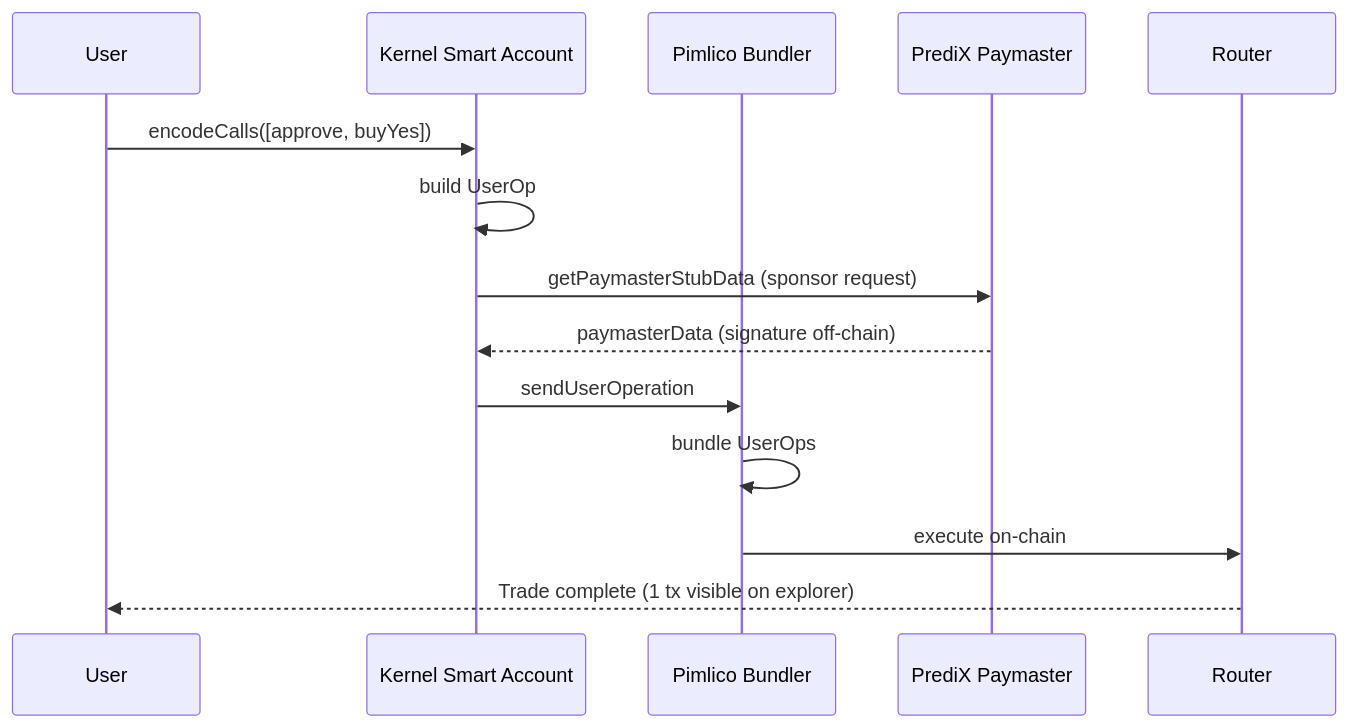
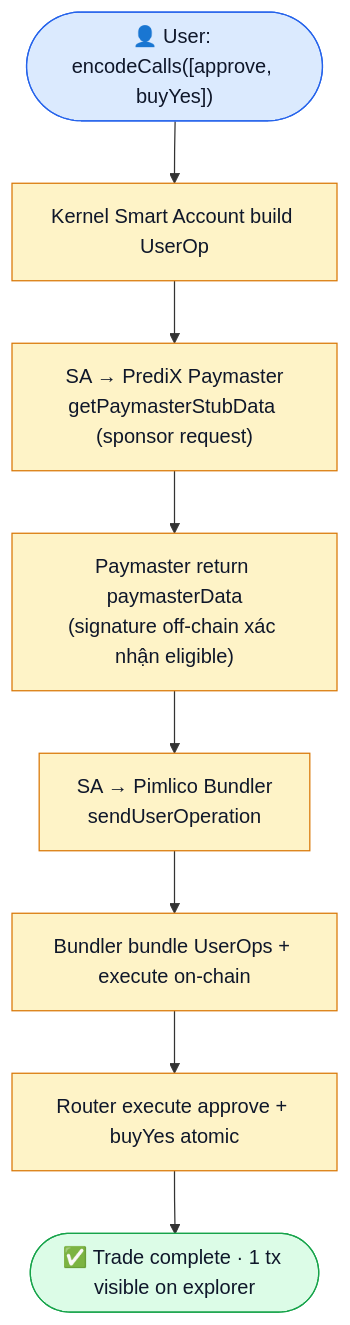
The diagram in vi_v6/developers/router-integration.md (PrediX-Protocol/predix-docs), drawn with Mermaid before and after one commit. The commit also changed 17 other files, not shown here.

First line of the commit message:
docs(vi_v6): convert all 22 sequenceDiagram → flowchart TD (no overlap UX issue)

````diff
--- a/vi_v6/developers/router-integration.md
+++ b/vi_v6/developers/router-integration.md
@@ -220,17 +220,18 @@
 ```mermaid
-sequenceDiagram
-    participant U as User
-    participant SA as Kernel Smart Account
-    participant B as Pimlico Bundler
-    participant PM as PrediX Paymaster
-    participant R as Router
+flowchart TD
+    Start(["👤 User: encodeCalls([approve, buyYes])"])
+    Start --> S1["Kernel Smart Account build UserOp"]
+    S1 --> S2["SA → PrediX Paymaster<br/>getPaymasterStubData (sponsor request)"]
+    S2 --> S3["Paymaster return paymasterData<br/>(signature off-chain xác nhận eligible)"]
+    S3 --> S4["SA → Pimlico Bundler<br/>sendUserOperation"]
+    S4 --> S5["Bundler bundle UserOps + execute on-chain"]
+    S5 --> S6["Router execute approve + buyYes atomic"]
+    S6 --> End(["✅ Trade complete · 1 tx visible on explorer"])
 
-    U->>SA: encodeCalls([approve, buyYes])
-    SA->>SA: build UserOp
-    SA->>PM: getPaymasterStubData (sponsor request)
-    PM-->>SA: paymasterData (signature off-chain)
-    SA->>B: sendUserOperation
-    B->>B: bundle UserOps
-    B->>R: execute on-chain
-    R-->>U: Trade complete (1 tx visible on explorer)
+    classDef st fill:#dbeafe,stroke:#2563eb,color:#0f172a
+    classDef step fill:#fef3c7,stroke:#d97706,color:#0f172a
+    classDef ok fill:#dcfce7,stroke:#16a34a,color:#0f172a
+    class Start st
+    class S1,S2,S3,S4,S5,S6 step
+    class End ok
 ```
````
